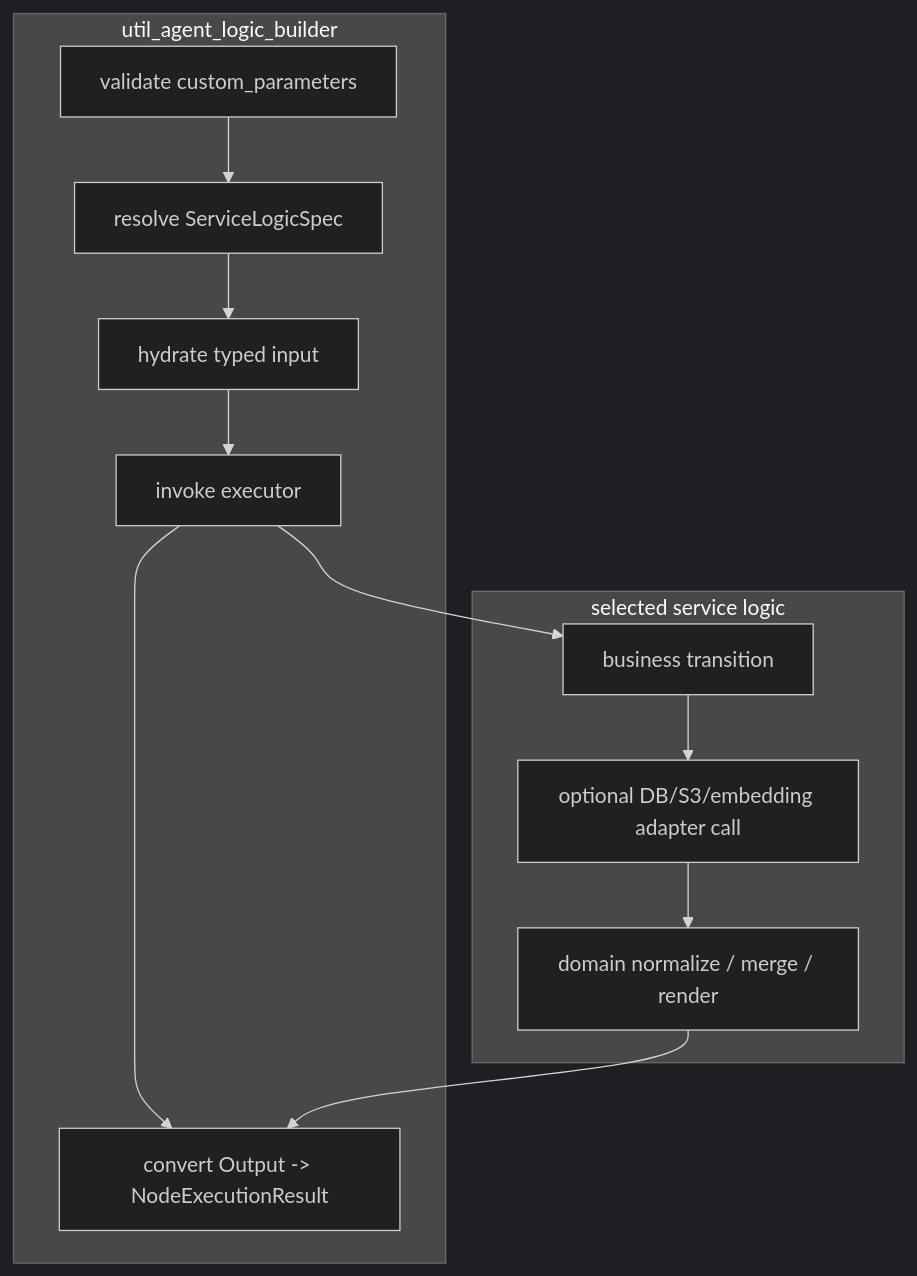
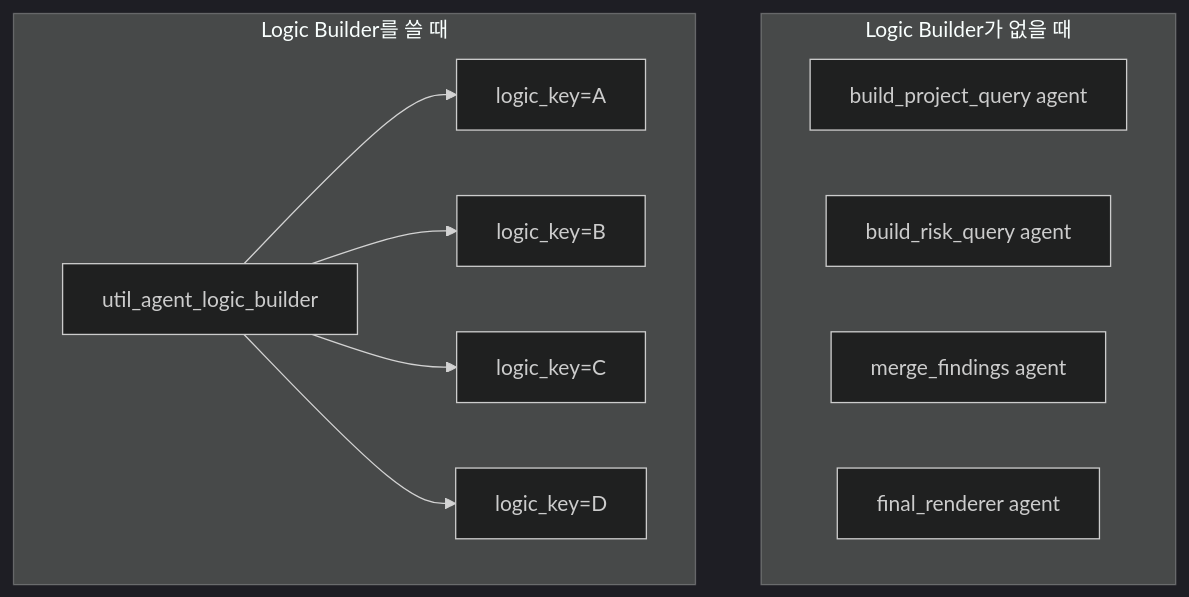
The second of 8 diagrams in README.md (djoo-lgcns/dotfiles), drawn with Mermaid (dark theme) before and after one commit. The commit also changed other lines of this file, not shown here.

````diff
--- a/README.md
+++ b/README.md
@@ -67,21 +51,21 @@
 ```mermaid
 flowchart TB
-  subgraph GenericAgent["util_agent_logic_builder"]
-    G1["validate custom_parameters"]
-    G2["resolve ServiceLogicSpec"]
-    G3["hydrate typed input"]
-    G4["invoke executor"]
-    G5["convert Output -> NodeExecutionResult"]
-    G1 --> G2 --> G3 --> G4 --> G5
+  subgraph Without["Logic Builder가 없을 때"]
+    A1["build_project_query agent"]
+    A2["build_risk_query agent"]
+    A3["merge_findings agent"]
+    A4["final_renderer agent"]
   end
 
-  subgraph SelectedLogic["selected service logic"]
-    L1["business transition"]
-    L2["optional DB/S3/embedding adapter call"]
-    L3["domain normalize / merge / render"]
-    L1 --> L2 --> L3
+  subgraph With["Logic Builder를 쓸 때"]
+    LB["util_agent_logic_builder"]
+    L1["logic_key=A"]
+    L2["logic_key=B"]
+    L3["logic_key=C"]
+    L4["logic_key=D"]
+    LB --> L1
+    LB --> L2
+    LB --> L3
+    LB --> L4
   end
-
-  G4 --> L1
-  L3 --> G5
 ```
````
